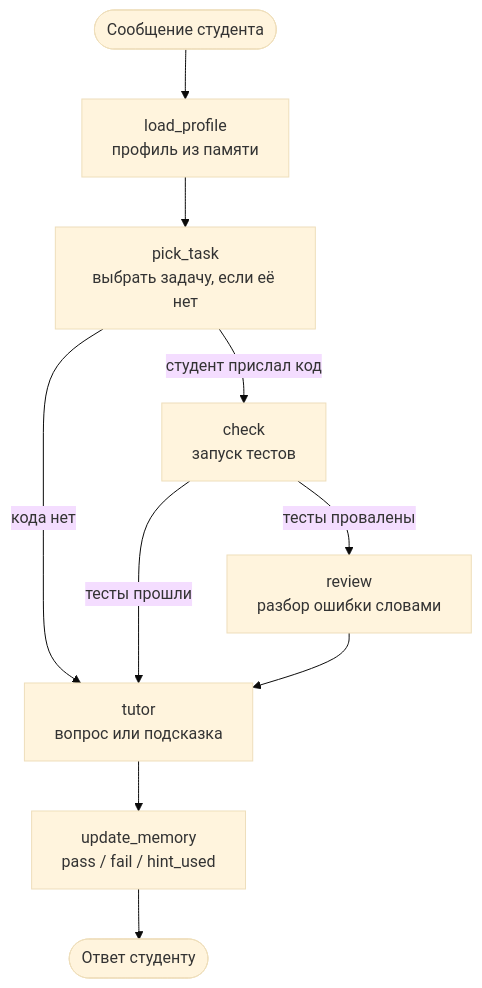
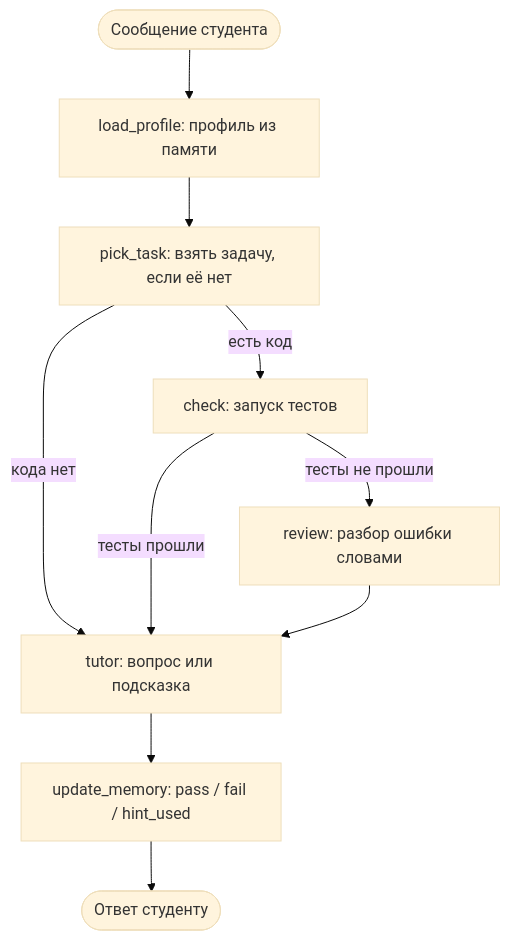
The diagram in README.md (barkolay15/ProjectMultiAgentTutor), drawn with Mermaid (base theme) before and after one commit. The commit also changed other lines of this file, not shown here.

````diff
--- a/README.md
+++ b/README.md
@@ -46,15 +28,12 @@
 ```mermaid
 flowchart TD
-    START([Сообщение студента]) --> LOAD["load_profile<br/>профиль из памяти"]
-    LOAD --> PICK["pick_task<br/>выбрать задачу, если её нет"]
-    CHECK["check<br/>запуск тестов"]
-    REVIEW["review<br/>разбор ошибки словами"]
-    TUTOR["tutor<br/>вопрос или подсказка"]
-    PICK -->|студент прислал код| CHECK
-    PICK -->|кода нет| TUTOR
-    CHECK -->|тесты провалены| REVIEW
-    CHECK -->|тесты прошли| TUTOR
-    REVIEW --> TUTOR
-    TUTOR --> MEMUP["update_memory<br/>pass / fail / hint_used"]
-    MEMUP --> DONE([Ответ студенту])
+    A([Сообщение студента]) --> B[load_profile: профиль из памяти]
+    B --> C[pick_task: взять задачу, если её нет]
+    C -->|есть код| D[check: запуск тестов]
+    C -->|кода нет| F
+    D -->|тесты не прошли| E[review: разбор ошибки словами]
+    D -->|тесты прошли| F
+    E --> F[tutor: вопрос или подсказка]
+    F --> G[update_memory: pass / fail / hint_used]
+    G --> H([Ответ студенту])
 ```
````
